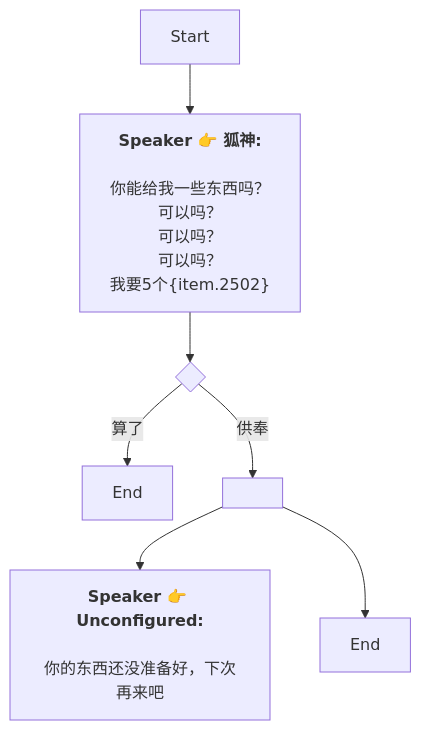
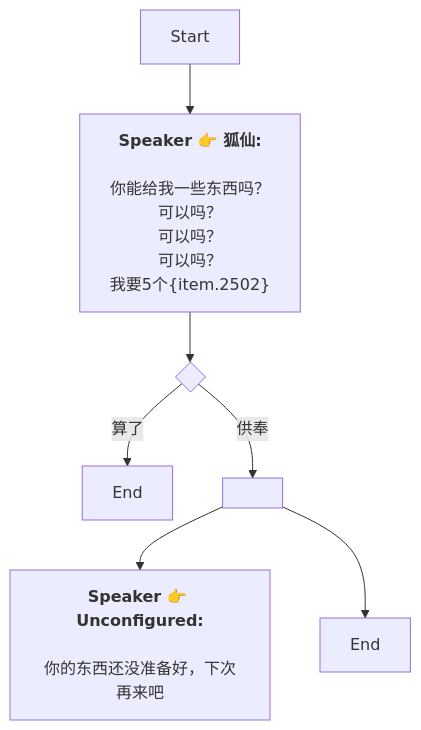
One commit to SoftHu/tos_avg changed the diagram in Zh/Altar.md. Above: the diagram before and after it, drawn with Mermaid. The commit also changed 199 other files, not shown here.

````diff
--- a/Zh/Altar.md
+++ b/Zh/Altar.md
@@ -1,18 +1,18 @@
 ```mermaid
 graph
-Start -->1747217079082489[<b>Speaker 👉 狐神:</b>
+Start -->1747217079082489[<b>Speaker 👉 狐仙:</b>
 
 你能给我一些东西吗？
 可以吗？
 可以吗？
 可以吗？
 我要5个&lbrace;item.2502&rbrace;]
 1747217079082489 -->1747217356832250{ }
 1747217356832250 -->|算了|1747217418224127[End]
 1747217356832250 -->|供奉|1747217426350592[ ]
 1747217426350592 -->1747217442807297[<b>Speaker 👉 Unconfigured:</b>
 
 你的东西还没准备好，下次再来吧]
 1747217426350592 -->1747217504330242[End]
 
  ```
````
